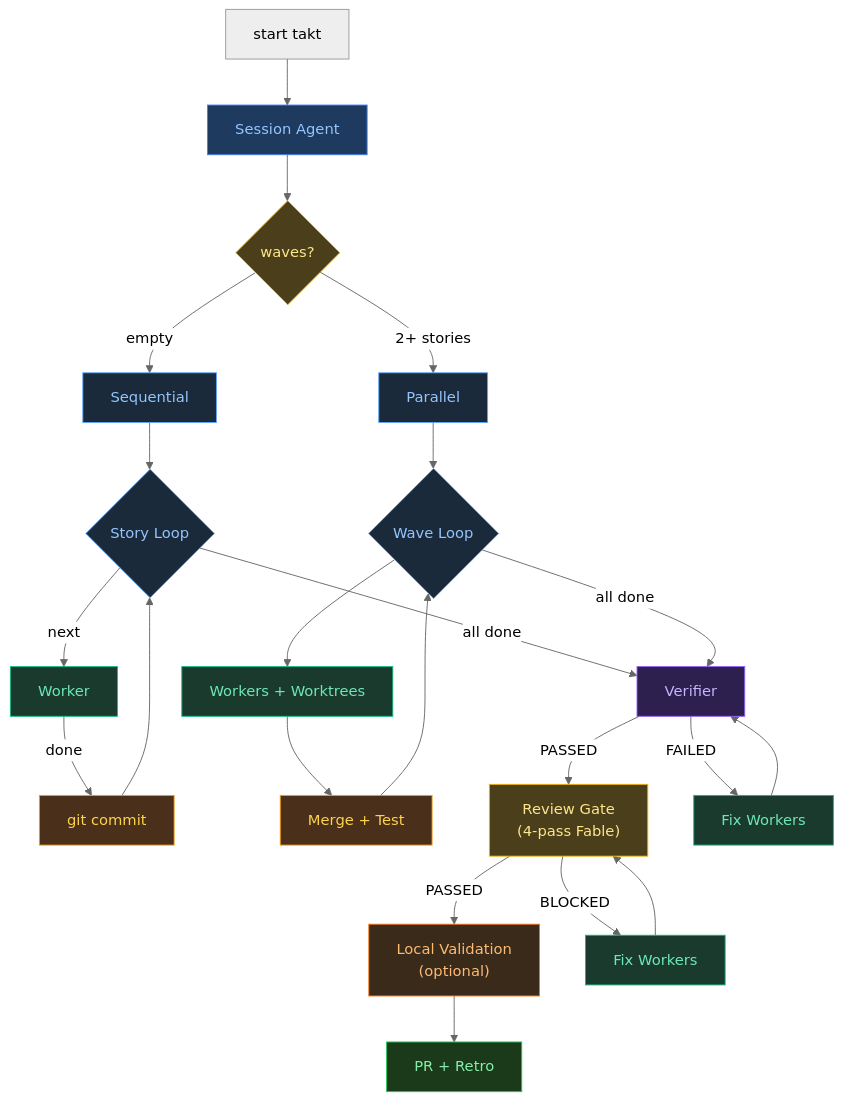
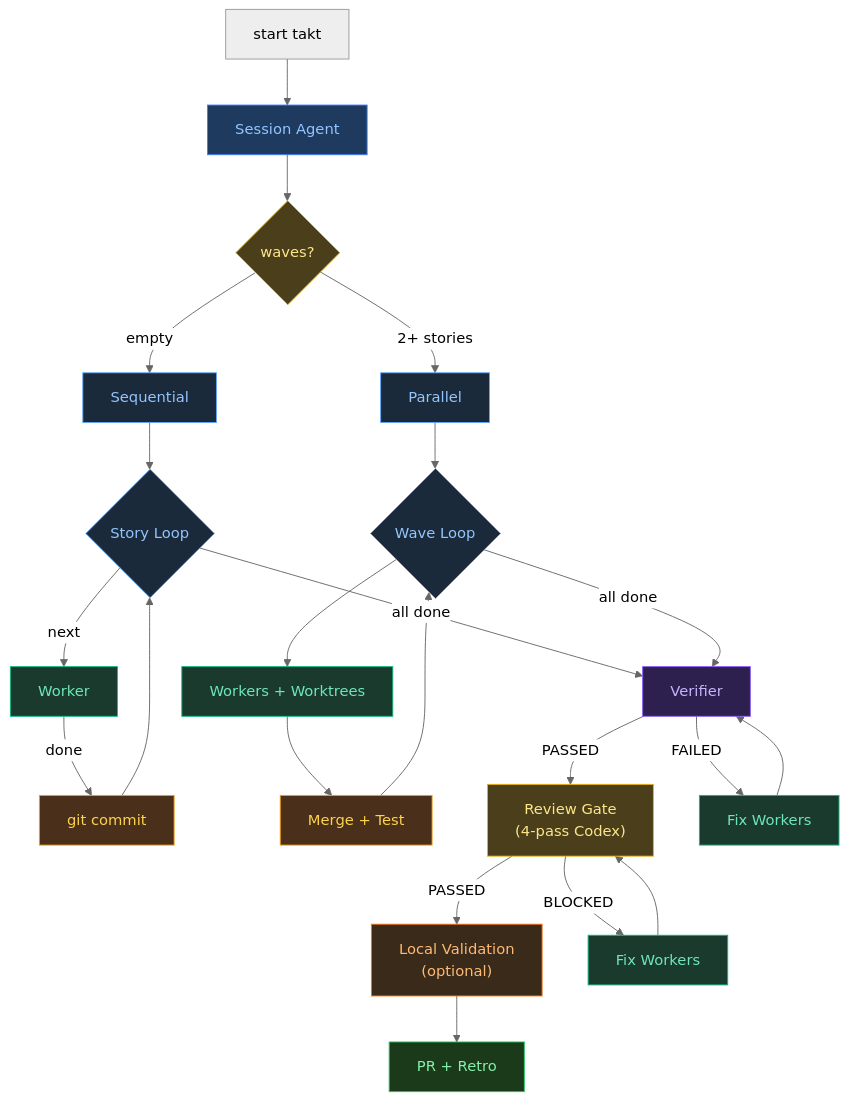
One commit to Sebstrdigital/takt changed the third of 3 diagrams in README.md. Above: the diagram before and after it, drawn with Mermaid (neutral theme). The commit also changed other lines of this file and 4 other files, not shown here.

First line of the commit message:
Run the review gate on Codex instead of Fable

````diff
--- a/README.md
+++ b/README.md
@@ -120,41 +120,41 @@
 ```mermaid
 graph TD
     U["start takt"] --> S["Session Agent"]
     S --> D{"waves?"}
     D -- "empty" --> SQ["Sequential"]
     D -- "2+ stories" --> PL["Parallel"]
     SQ --> L{"Story Loop"}
     PL --> WL{"Wave Loop"}
     L -- "next" --> W["Worker"]
     W -- "done" --> GC["git commit"]
     GC --> L
     WL --> WK["Workers + Worktrees"]
     WK --> MG["Merge + Test"]
     MG --> WL
     L -- "all done" --> SV["Verifier"]
     WL -- "all done" --> SV
-    SV -- "PASSED" --> CR["Review Gate\n(4-pass Fable)"]
+    SV -- "PASSED" --> CR["Review Gate\n(4-pass Codex)"]
     SV -- "FAILED" --> FW["Fix Workers"]
     FW --> SV
     CR -- "PASSED" --> LV["Local Validation\n(optional)"]
     CR -- "BLOCKED" --> FW2["Fix Workers"]
     FW2 --> CR
     LV --> PR["PR + Retro"]
 
     style S fill:#1e3a5f,stroke:#3b82f6,color:#93c5fd
     style D fill:#4a3f1a,stroke:#eab308,color:#fde68a
     style SQ fill:#1a2a3a,stroke:#60a5fa,color:#93c5fd
     style PL fill:#1a2a3a,stroke:#60a5fa,color:#93c5fd
     style W fill:#1a3a2e,stroke:#10b981,color:#6ee7b7
     style WK fill:#1a3a2e,stroke:#10b981,color:#6ee7b7
     style FW fill:#1a3a2e,stroke:#10b981,color:#6ee7b7
     style GC fill:#4a2f1a,stroke:#f59e0b,color:#fcd34d
     style MG fill:#4a2f1a,stroke:#f59e0b,color:#fcd34d
     style SV fill:#2d1f4e,stroke:#8b5cf6,color:#c4b5fd
     style CR fill:#4a3f1a,stroke:#eab308,color:#fde68a
     style LV fill:#3a2a1a,stroke:#f97316,color:#fdba74
     style FW2 fill:#1a3a2e,stroke:#10b981,color:#6ee7b7
     style PR fill:#1a3a1a,stroke:#22c55e,color:#86efac
     style L fill:#1a2a3a,stroke:#60a5fa,color:#93c5fd
     style WL fill:#1a2a3a,stroke:#60a5fa,color:#93c5fd
 ```
````
